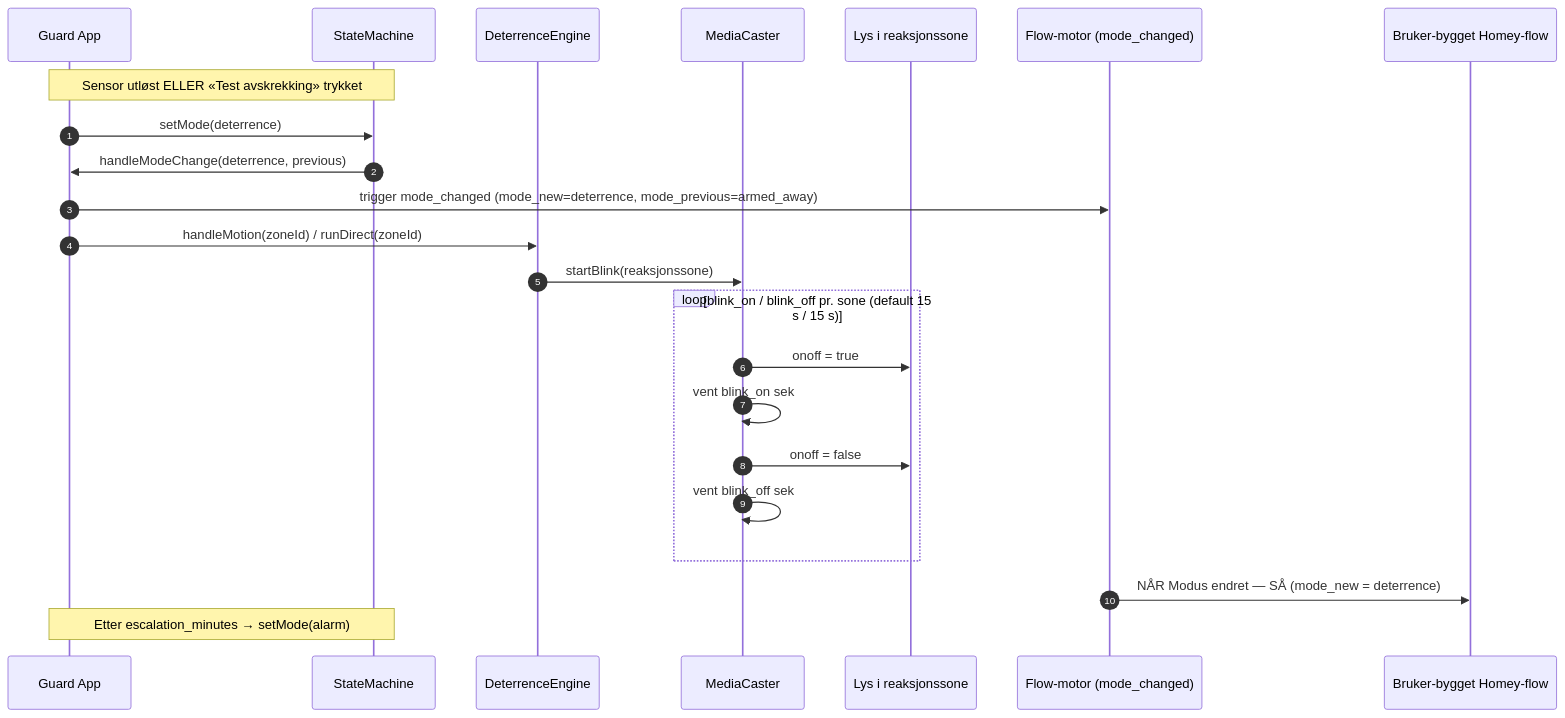
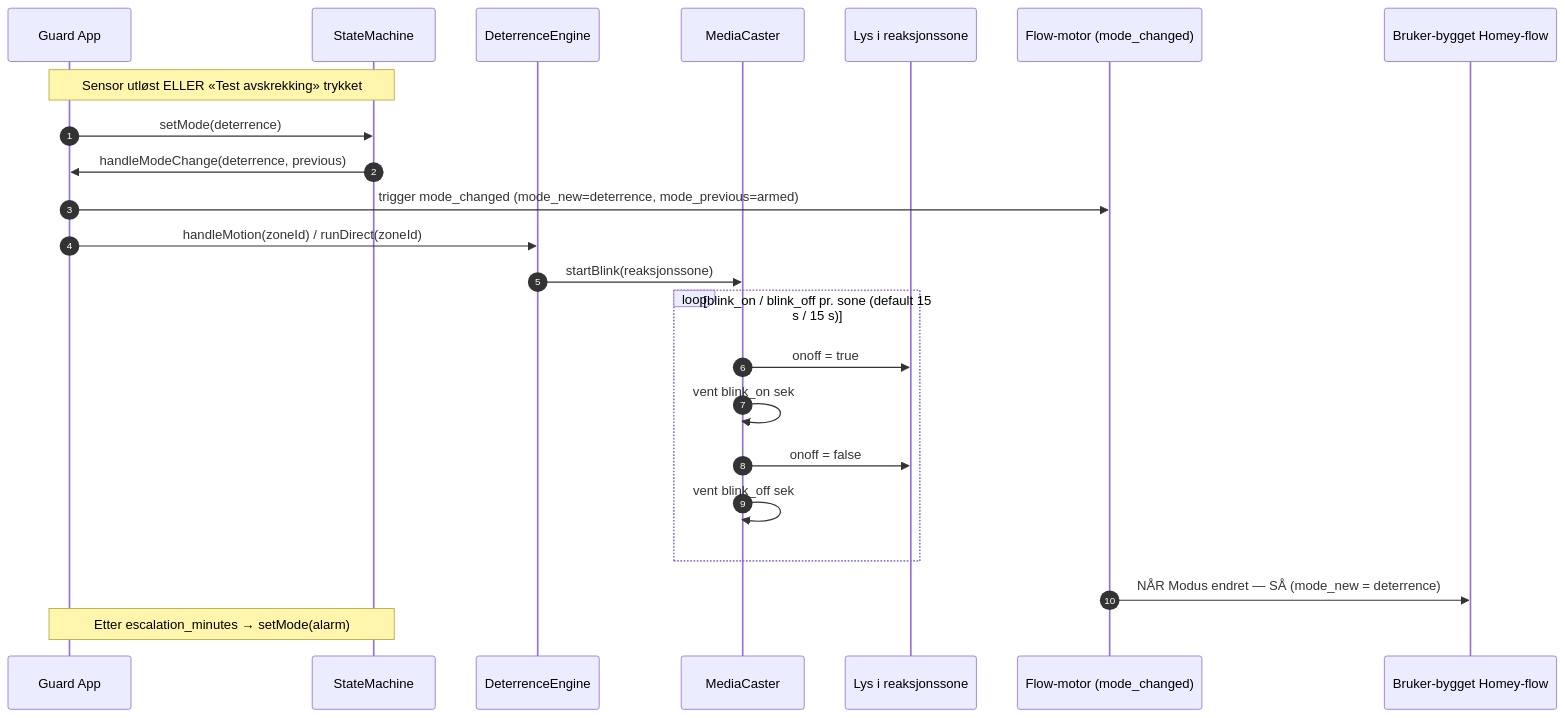
Before and after one commit to thomasekdahlN/homeyaloneguard: the fifth of 5 diagrams in README.md, drawn with Mermaid. The commit also changed other lines of this file and 22 other files, not shown here.

First line of the commit message:
feat: refactor mode naming and flow architecture

````diff
--- a/README.md
+++ b/README.md
@@ -189,26 +196,26 @@
 ```mermaid
 sequenceDiagram
   autonumber
   participant App as Guard App
   participant SM as StateMachine
   participant DE as DeterrenceEngine
   participant MC as MediaCaster
   participant LIGHT as Lys i reaksjonssone
   participant F as Flow-motor (mode_changed)
   participant UF as Bruker-bygget Homey-flow
 
   Note over App,SM: Sensor utløst ELLER «Test avskrekking» trykket
   App->>SM: setMode(deterrence)
   SM->>App: handleModeChange(deterrence, previous)
-  App->>F: trigger mode_changed (mode_new=deterrence, mode_previous=armed_away)
+  App->>F: trigger mode_changed (mode_new=deterrence, mode_previous=armed)
   App->>DE: handleMotion(zoneId) / runDirect(zoneId)
   DE->>MC: startBlink(reaksjonssone)
   loop blink_on / blink_off pr. sone (default 15 s / 15 s)
     MC->>LIGHT: onoff = true
     MC->>MC: vent blink_on sek
     MC->>LIGHT: onoff = false
     MC->>MC: vent blink_off sek
   end
   F->>UF: NÅR Modus endret — SÅ (mode_new = deterrence)
   Note over App,SM: Etter escalation_minutes → setMode(alarm)
 ```
````
